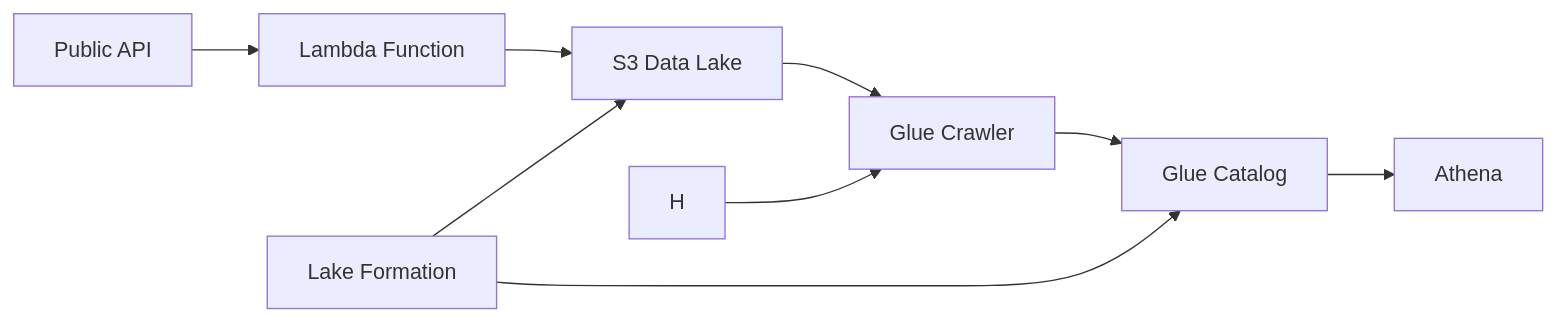
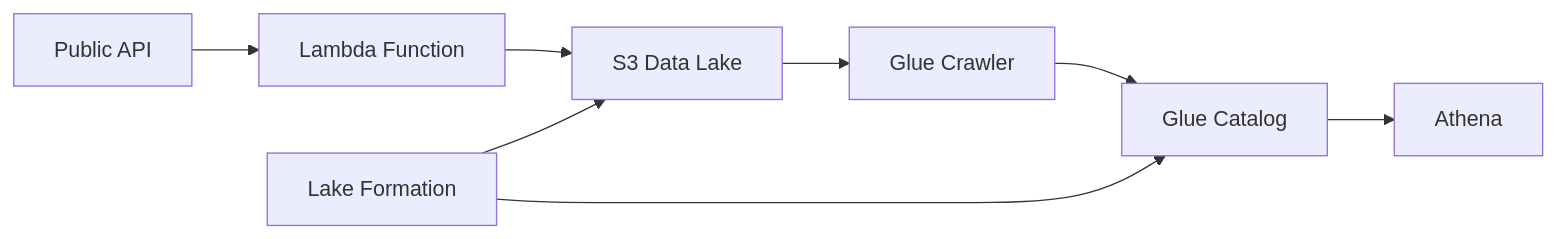
The diagram in README.md (elkingiraldo/data-pipeline-cdk), drawn with Mermaid before and after one commit.

````diff
--- a/README.md
+++ b/README.md
@@ -26,11 +26,10 @@
 ```mermaid
 graph LR
     A[Public API] --> B[Lambda Function]
     B --> C[S3 Data Lake]
     C --> D[Glue Crawler]
     D --> E[Glue Catalog]
     E --> F[Athena]
     G[Lake Formation] --> C
     G --> E
-    H --> D
 ```
````
